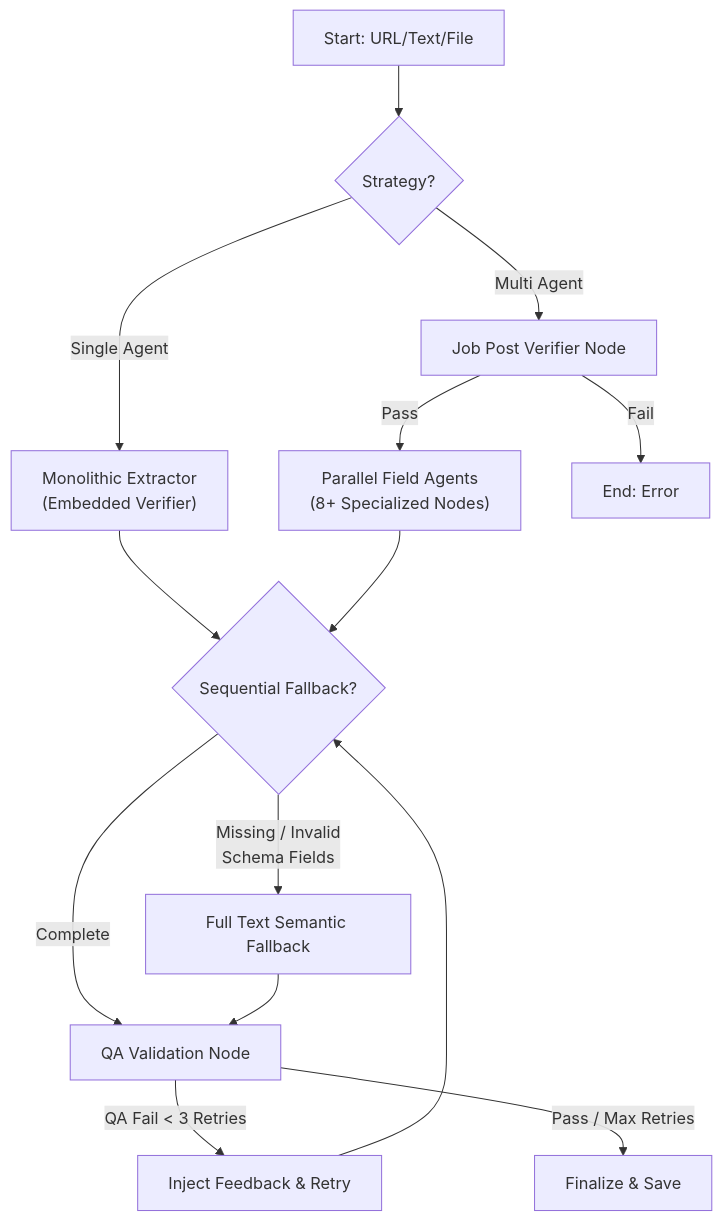
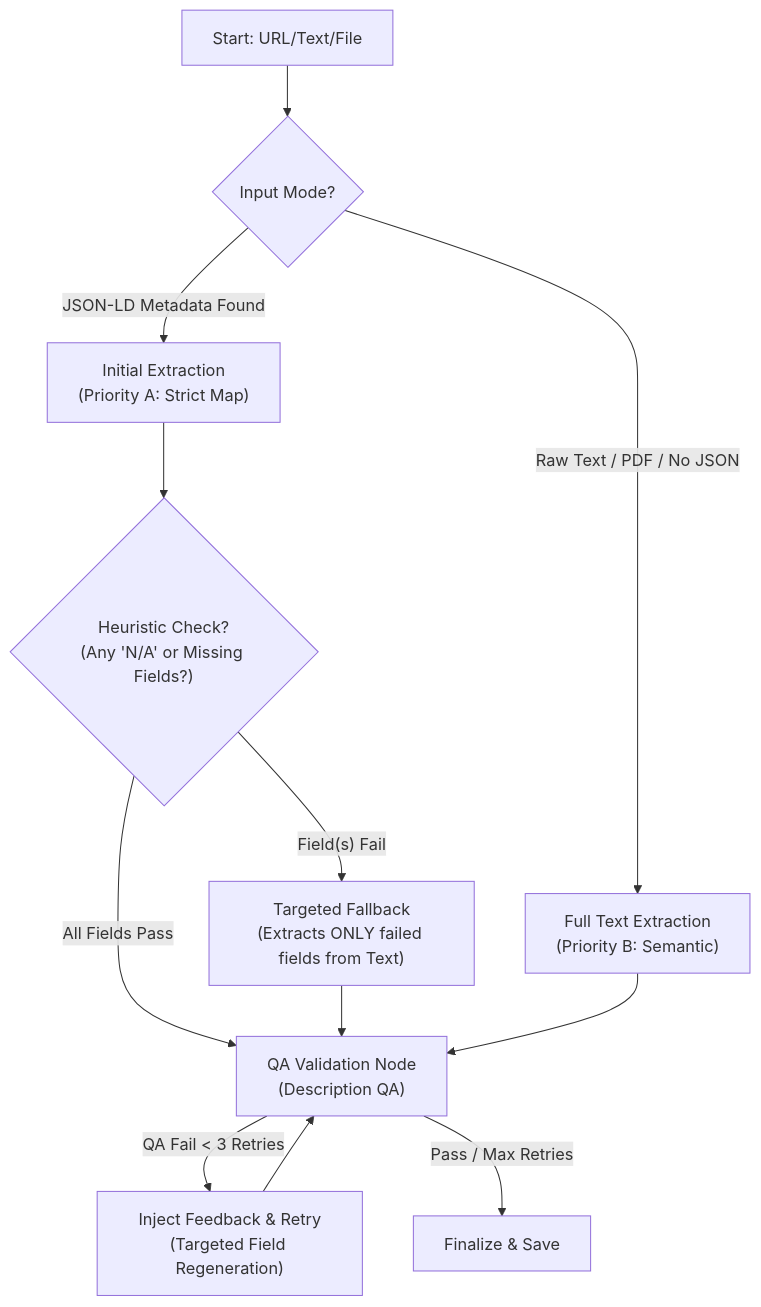
The first of 2 diagrams in backend/README.md (yicheinchang/lard), drawn with Mermaid before and after one commit. The commit also changed other lines of this file, not shown here.

Commit message:
docs(ai): fix readme corruption and refine extraction diagrams

````diff
--- a/backend/README.md
+++ b/backend/README.md
@@ -94,20 +94,20 @@
 ```mermaid
 graph TD
-    A["Start: URL/Text/File"] --> B{"Strategy?"}
-    B -- "Single Agent" --> C["Monolithic Extractor<br/>(Embedded Verifier)"]
-    B -- "Multi Agent" --> D["Job Post Verifier Node"]
+    A["Start: URL/Text/File"] --> B{"Input Mode?"}
     
-    D -- "Pass" --> E["Parallel Field Agents<br/>(8+ Specialized Nodes)"]
-    D -- "Fail" --> END["End: Error"]
+    B -- "JSON-LD Metadata Found" --> C["Initial Extraction<br/>(Priority A: Strict Map)"]
+    B -- "Raw Text / PDF / No JSON" --> D["Full Text Extraction<br/>(Priority B: Semantic)"]
     
-    C --> F{"Sequential Fallback?"}
-    E --> F
+    C --> E{"Heuristic Check?<br/>(Any 'N/A' or Missing Fields?)"}
     
-    F -- "Missing / Invalid<br/>Schema Fields" --> G["Full Text Semantic Fallback"]
-    F -- "Complete" --> H["QA Validation Node"]
-    G --> H
+    E -- "Field(s) Fail" --> F["Targeted Fallback<br/>(Extracts ONLY failed fields from Text)"]
+    E -- "All Fields Pass" --> G["QA Validation Node<br/>(Description QA)"]
     
-    H -- "QA Fail < 3 Retries" --> I["Inject Feedback & Retry"]
-    I --> F
-    H -- "Pass / Max Retries" --> J["Finalize & Save"]
+    F --> G
+    D --> G
+    
+    G -- "QA Fail < 3 Retries" --> H["Inject Feedback & Retry<br/>(Targeted Field Regeneration)"]
+    H --> G
+    
+    G -- "Pass / Max Retries" --> I["Finalize & Save"]
 ```
````
